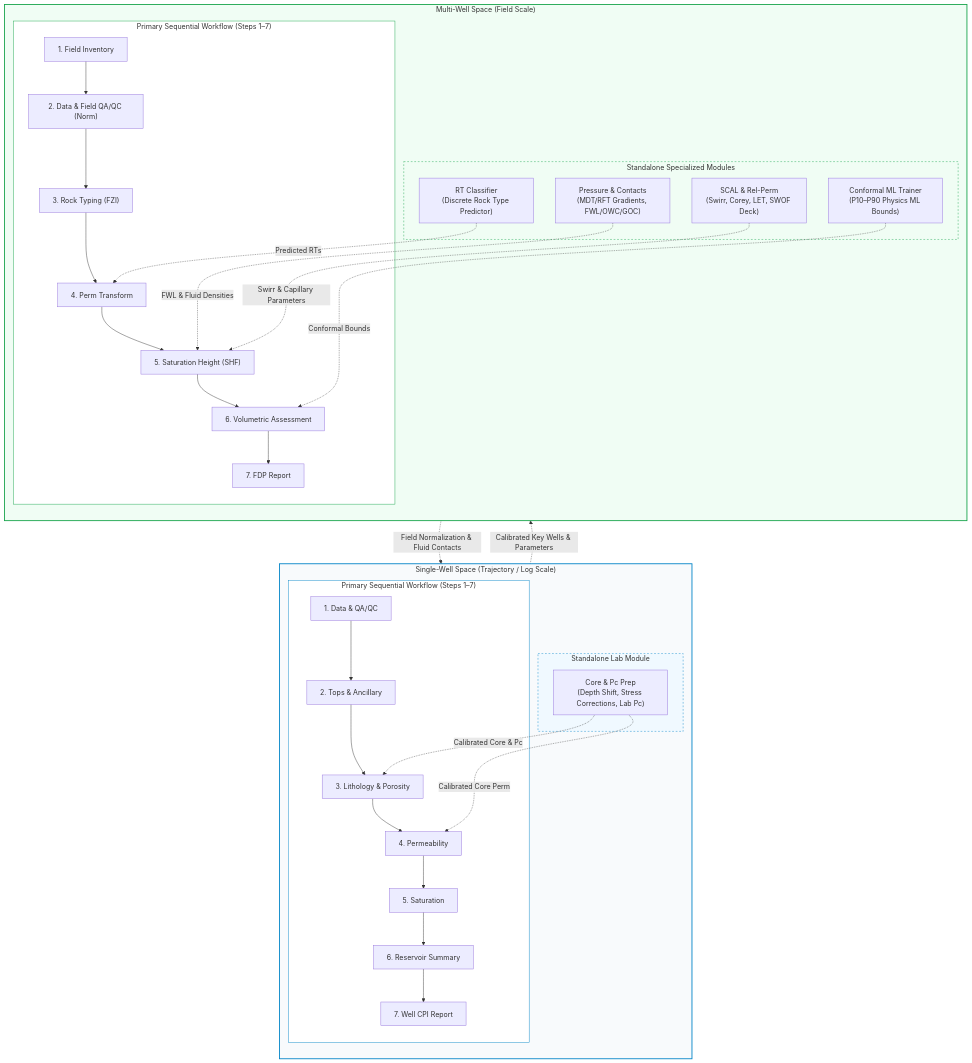
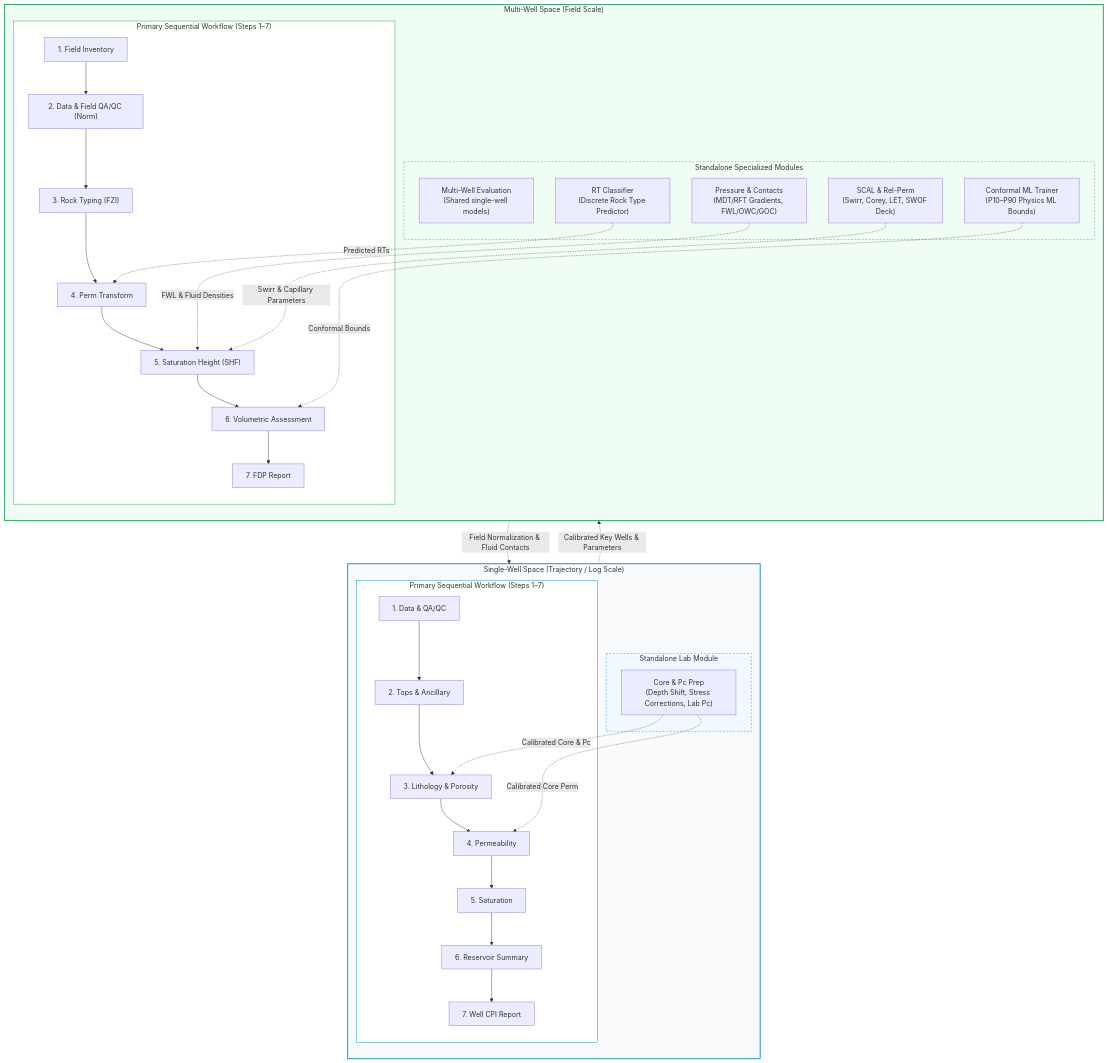
The diagram in docs/workflows/index.md (imranfadhil/quick_pp), drawn with Mermaid before and after one commit. The commit also changed other lines of this file and 11 other files, not shown here.

Commit message:
add multi well batch evaluation standalone module

````diff
--- a/docs/workflows/index.md
+++ b/docs/workflows/index.md
@@ -9,51 +9,52 @@
 ```mermaid
 flowchart TD
     subgraph SingleWellSpace["Single-Well Space (Trajectory / Log Scale)"]
         direction TB
         subgraph SW_Seq["Primary Sequential Workflow (Steps 1–7)"]
             SW1["1. Data & QA/QC"] --> SW2["2. Tops & Ancillary"]
             SW2 --> SW3["3. Lithology & Porosity"]
             SW3 --> SW4["4. Permeability"]
             SW4 --> SW5["5. Saturation"]
             SW5 --> SW6["6. Reservoir Summary"]
             SW6 --> SW7["7. Well CPI Report"]
         end
         subgraph SW_Stand["Standalone Lab Module"]
             SW_LAB["Core & Pc Prep\n(Depth Shift, Stress Corrections, Lab Pc)"]
         end
         SW_LAB -.->|Calibrated Core & Pc| SW3
         SW_LAB -.->|Calibrated Core Perm| SW4
     end
 
     subgraph MultiWellSpace["Multi-Well Space (Field Scale)"]
         direction TB
         subgraph MW_Seq["Primary Sequential Workflow (Steps 1–7)"]
             MW1["1. Field Inventory"] --> MW2["2. Data & Field QA/QC (Norm)"]
             MW2 --> MW3["3. Rock Typing (FZI)"]
             MW3 --> MW4["4. Perm Transform"]
             MW4 --> MW5["5. Saturation Height (SHF)"]
             MW5 --> MW6["6. Volumetric Assessment"]
             MW6 --> MW7["7. FDP Report"]
         end
         subgraph MW_Stand["Standalone Specialized Modules"]
+            MW_BATCH["Multi-Well Evaluation\n(Shared single-well models)"]
             MW_SCAL["SCAL & Rel-Perm\n(Swirr, Corey, LET, SWOF Deck)"]
             MW_FPT["Pressure & Contacts\n(MDT/RFT Gradients, FWL/OWC/GOC)"]
             MW_RT["RT Classifier\n(Discrete Rock Type Predictor)"]
             MW_PIML["Conformal ML Trainer\n(P10–P90 Physics ML Bounds)"]
         end
         MW_FPT -.->|FWL & Fluid Densities| MW5
         MW_SCAL -.->|Swirr & Capillary Parameters| MW5
         MW_RT -.->|Predicted RTs| MW4
         MW_PIML -.->|Conformal Bounds| MW6
     end
 
     SingleWellSpace -.->|Calibrated Key Wells & Parameters| MultiWellSpace
     MultiWellSpace -.->|Field Normalization & Fluid Contacts| SingleWellSpace
 
     style SingleWellSpace fill:#f8fafc,stroke:#0284c7,stroke-width:2px
     style MultiWellSpace fill:#f0fdf4,stroke:#16a34a,stroke-width:2px
     style SW_Seq fill:#ffffff,stroke:#0284c7,stroke-width:1px
     style SW_Stand fill:#f0f9ff,stroke:#0284c7,stroke-width:1px,stroke-dasharray: 4 4
     style MW_Seq fill:#ffffff,stroke:#16a34a,stroke-width:1px
     style MW_Stand fill:#f0fdf4,stroke:#16a34a,stroke-width:1px,stroke-dasharray: 4 4
 ```
````
